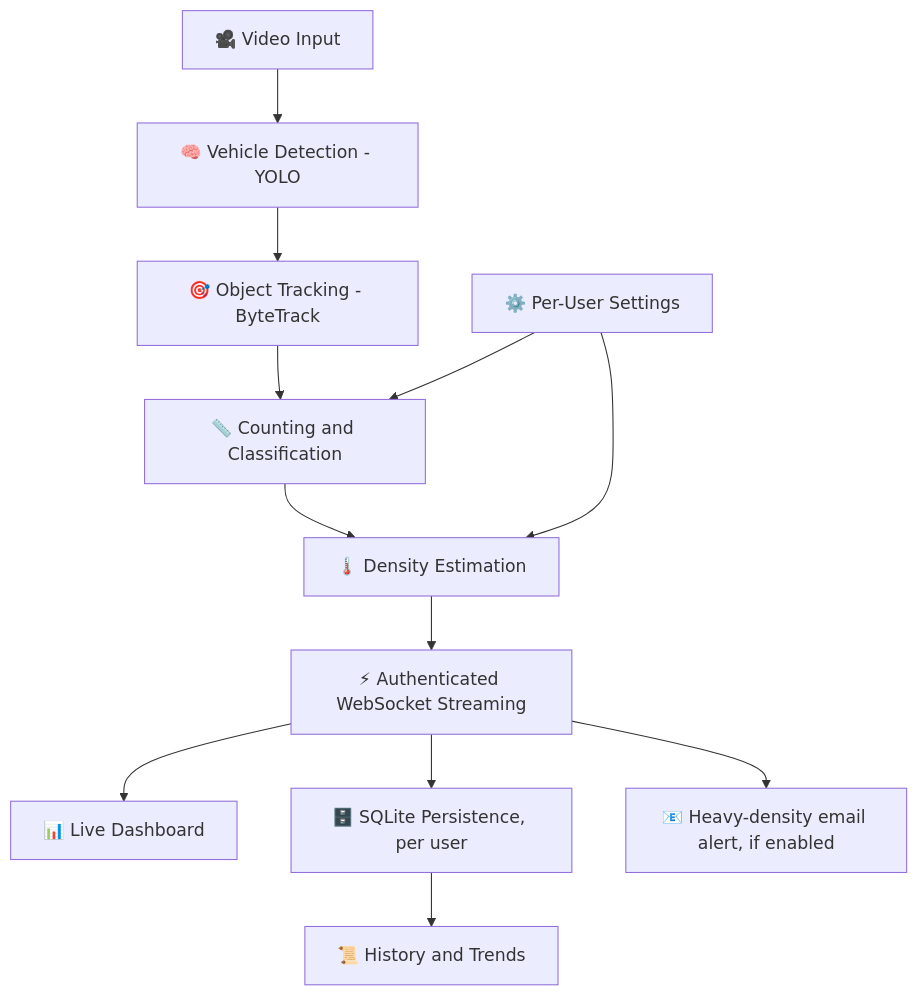
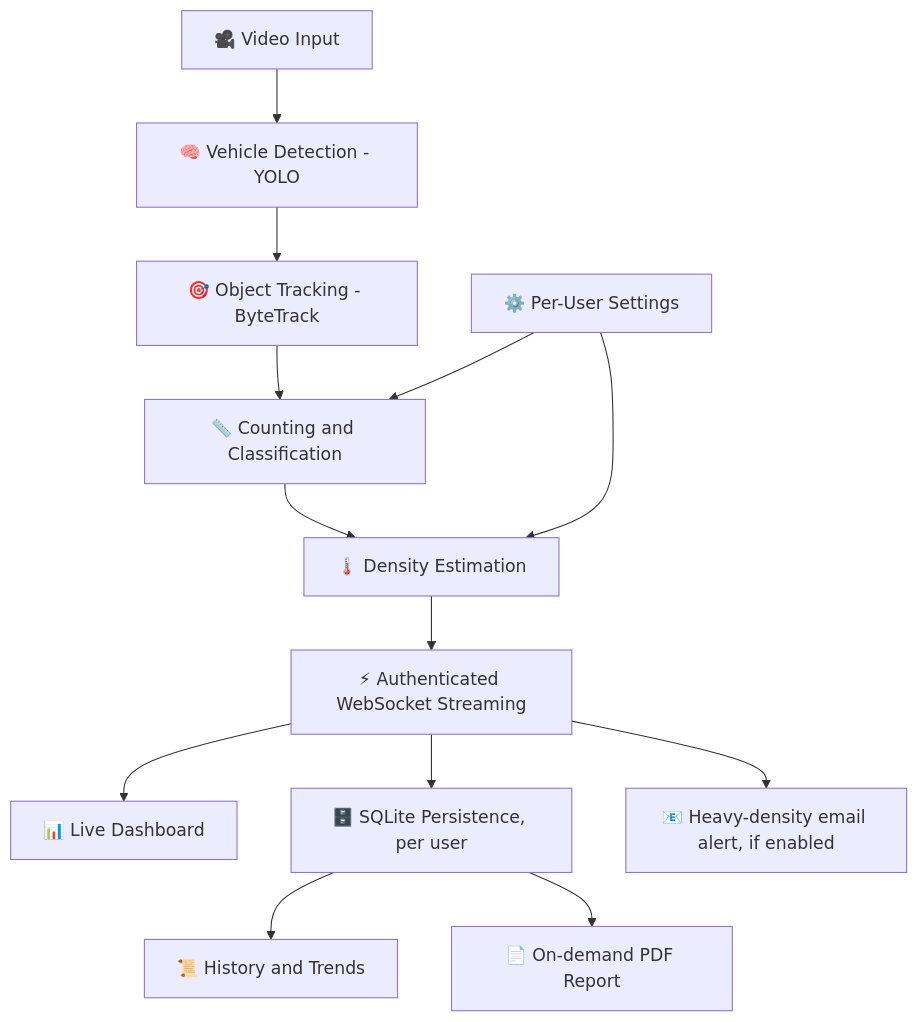
Before and after one commit to adityyapratapsingh22/YatayatAi: the first of 2 diagrams in README.md, drawn with Mermaid. The commit also changed other lines of this file, not shown here.

First line of the commit message:
Enhance README with PDF report details

````diff
--- a/README.md
+++ b/README.md
@@ -69,14 +71,15 @@
 ```mermaid
 flowchart TD
     A[🎥 Video Input] --> B[🧠 Vehicle Detection - YOLO]
     B --> C[🎯 Object Tracking - ByteTrack]
     C --> D[📏 Counting and Classification]
     D --> E[🌡️ Density Estimation]
     E --> F[⚡ Authenticated WebSocket Streaming]
     F --> G[📊 Live Dashboard]
     F --> H[🗄️ SQLite Persistence, per user]
     F --> J[📧 Heavy-density email alert, if enabled]
     H --> I[📜 History and Trends]
+    H --> L[📄 On-demand PDF Report]
     K[⚙️ Per-User Settings] --> E
     K --> D
 ```
````
